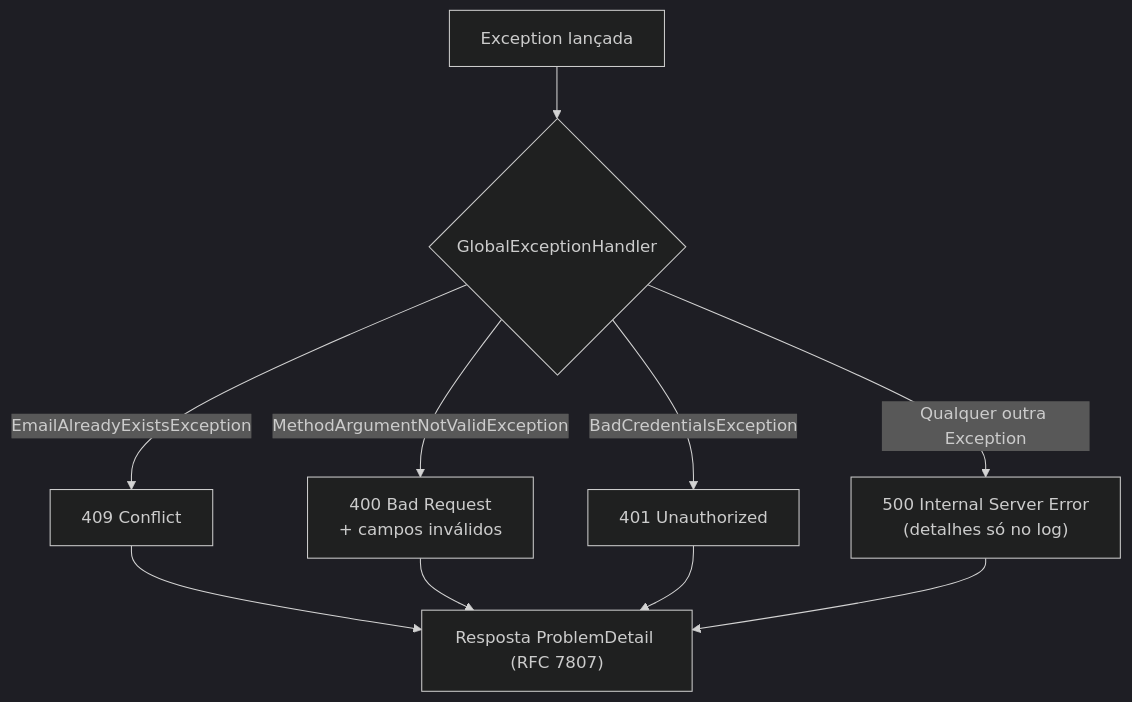
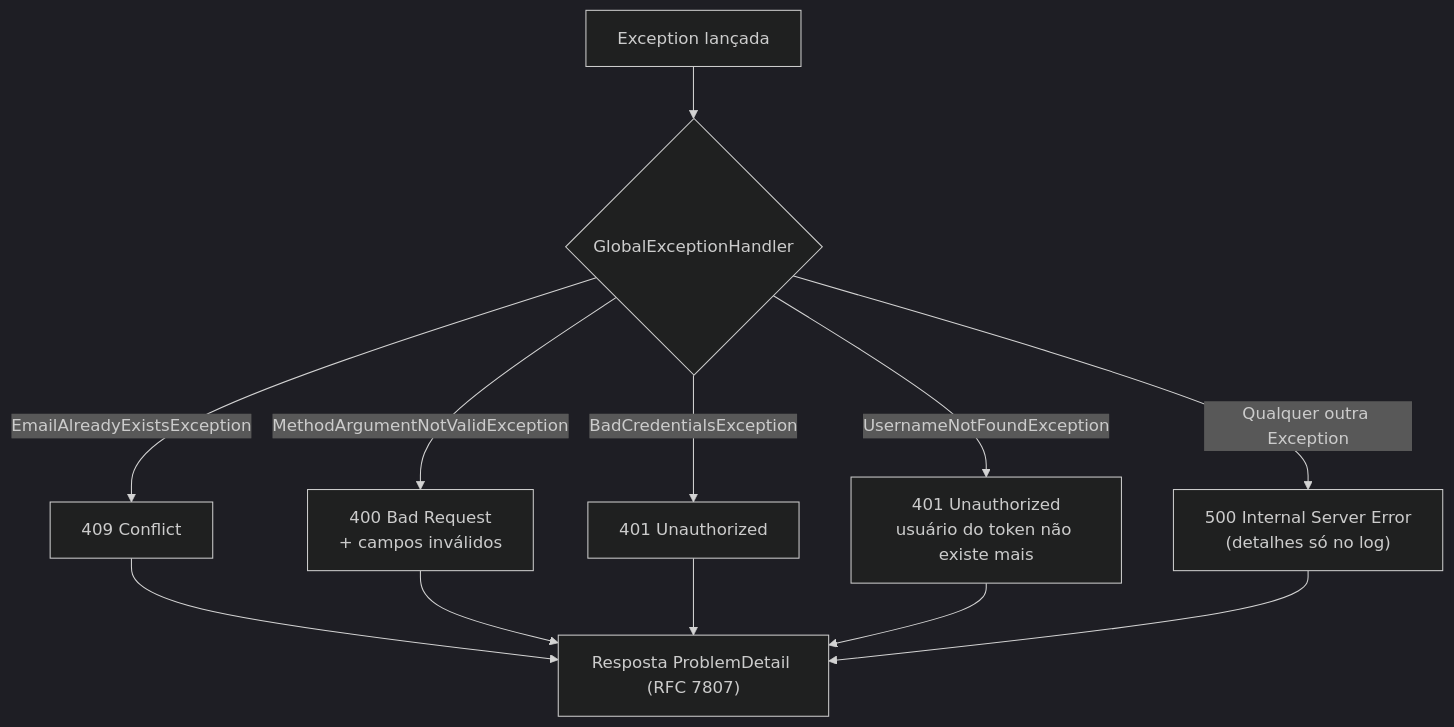
Before and after one commit to nomevini/opengrana: the diagram in docs/flows/error-handling.md, drawn with Mermaid (dark theme). The commit also changed other lines of this file and 4 other files, not shown here.

Commit message:
fix(users): retorna 401 quando o usuário do token não existe mais

````diff
--- a/docs/flows/error-handling.md
+++ b/docs/flows/error-handling.md
@@ -5,12 +5,14 @@
 ```mermaid
 flowchart TD
     E[Exception lançada] --> H{GlobalExceptionHandler}
     H -->|EmailAlreadyExistsException| A["409 Conflict"]
     H -->|MethodArgumentNotValidException| B["400 Bad Request<br/>+ campos inválidos"]
     H -->|BadCredentialsException| C["401 Unauthorized"]
+    H -->|UsernameNotFoundException| N["401 Unauthorized<br/>usuário do token não existe mais"]
     H -->|Qualquer outra Exception| D["500 Internal Server Error<br/>(detalhes só no log)"]
     A --> P["Resposta ProblemDetail (RFC 7807)"]
     B --> P
     C --> P
+    N --> P
     D --> P
 ```
````
